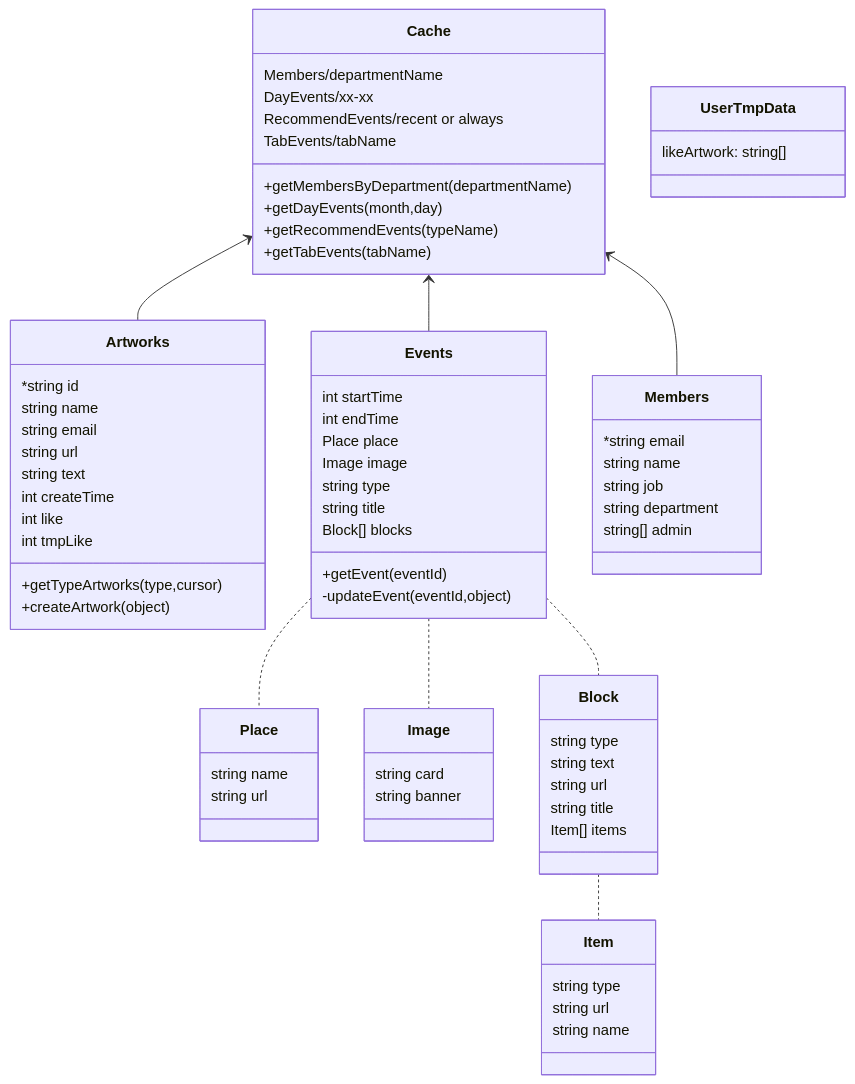
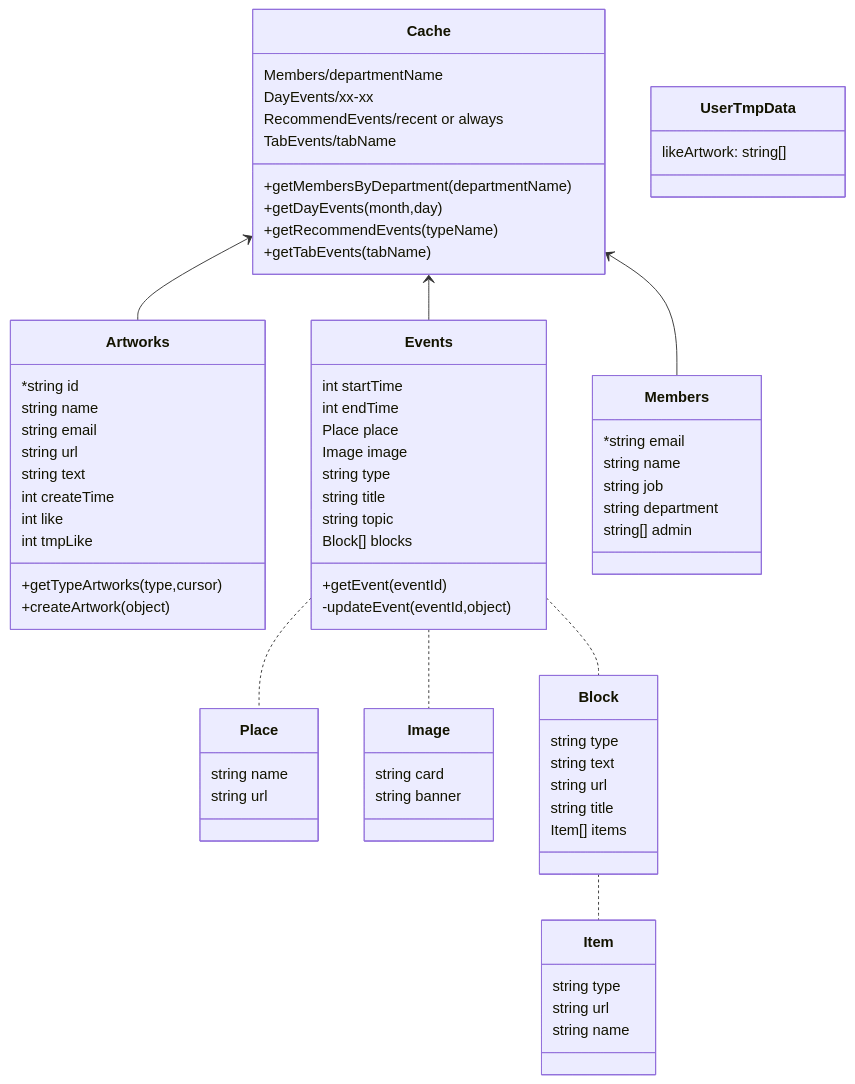
The diagram in middleware/ntuaf-sdk/README.md (leon123858/ntuaf), drawn with Mermaid before and after one commit. The commit also changed other lines of this file and 11 other files, not shown here.

````diff
--- a/middleware/ntuaf-sdk/README.md
+++ b/middleware/ntuaf-sdk/README.md
@@ -9,71 +9,72 @@
 ```mermaid
 classDiagram
     Cache <-- Artworks
     Cache <-- Events
     Cache <-- Members
     Cache: Members/departmentName
     Cache: DayEvents/xx-xx
     Cache: RecommendEvents/recent or always
     Cache: TabEvents/tabName
     Cache: +getMembersByDepartment(departmentName)
     Cache: +getDayEvents(month,day)
     Cache: +getRecommendEvents(typeName)
     Cache: +getTabEvents(tabName)
     class Artworks{
       *string id
       string name
       string email
       string url
       string text
       int createTime
       int like
       int tmpLike
       +getTypeArtworks(type,cursor)
       +createArtwork(object)
     }
     class Events{
       int startTime
       int endTime
       Place place
       Image image
       string type
       string title
+      string topic
       Block[] blocks
       +getEvent(eventId)
       -updateEvent(eventId,object)
     }
     Events .. Place
     Events .. Image
     Events .. Block
     class Place{
       string name
       string url
     }
     class Image{
       string card
       string banner
     }
     class Block{
       string type
       string text
       string url
       string title
       Item[] items
     }
     Block .. Item
     class Item{
         string type
         string url
         string name
     }
     class Members{
       *string email
       string name
       string job
       string department
       string[] admin
     }
     class UserTmpData{
         likeArtwork: string[]
     }
 ```
````
